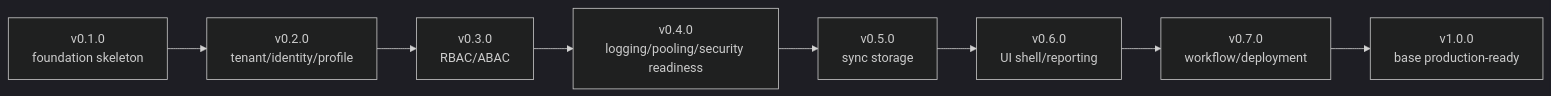
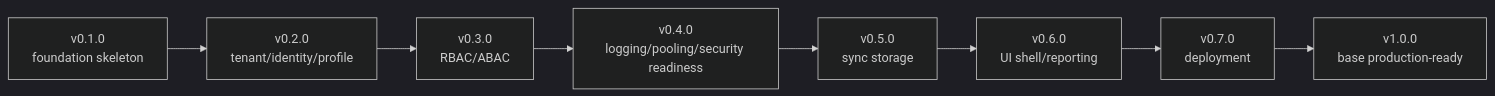
The second of 3 diagrams in docs/awcms-micro/09_roadmap_repository_commit.md (ahliweb/awcms-micro), drawn with Mermaid (dark theme) before and after one commit. The commit also changed other lines of this file and 45 other files, not shown here.

First line of the commit message:
docs(scope): remove unported ERP modules from active architecture, ERD, SOP, threat-model, and governance docs (#263) (#277)

````diff
--- a/docs/awcms-micro/09_roadmap_repository_commit.md
+++ b/docs/awcms-micro/09_roadmap_repository_commit.md
@@ -271,10 +269,10 @@
 ```mermaid
 flowchart LR
   V1[v0.1.0<br/>foundation skeleton] --> V2[v0.2.0<br/>tenant/identity/profile]
   V2 --> V3[v0.3.0<br/>RBAC/ABAC]
   V3 --> V4[v0.4.0<br/>logging/pooling/security readiness]
   V4 --> V5[v0.5.0<br/>sync storage]
   V5 --> V6[v0.6.0<br/>UI shell/reporting]
-  V6 --> V7[v0.7.0<br/>workflow/deployment]
+  V6 --> V7[v0.7.0<br/>deployment]
   V7 --> V8[v1.0.0<br/>base production-ready]
 ```
````
